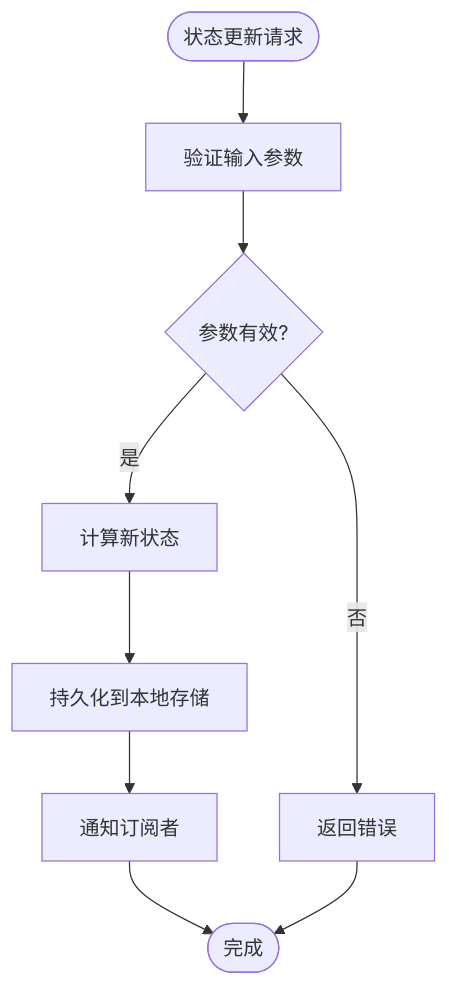
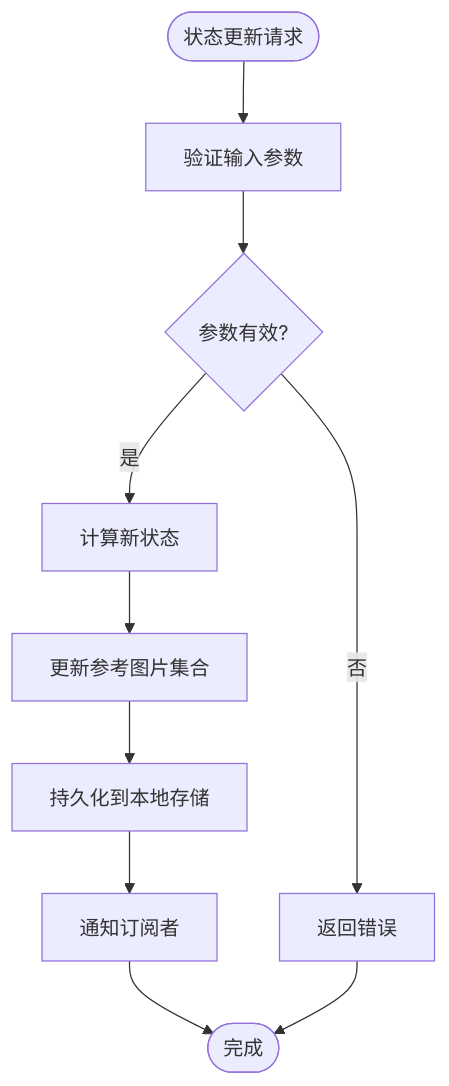
Before and after one commit to billye220670/BananaFlow2: the fifth of 16 diagrams in .qoder/repowiki/zh/content/状态管理系统.md, drawn with Mermaid. The commit also changed other lines of this file and 29 other files, not shown here.

````diff
--- a/.qoder/repowiki/zh/content/状态管理系统.md
+++ b/.qoder/repowiki/zh/content/状态管理系统.md
@@ -205,11 +216,12 @@
 ```mermaid
 flowchart TD
 Start([状态更新请求]) --> Validate["验证输入参数"]
 Validate --> Valid{"参数有效?"}
 Valid --> |否| Error["返回错误"]
 Valid --> |是| Compute["计算新状态"]
-Compute --> Persist["持久化到本地存储"]
+Compute --> UpdateRefs["更新参考图片集合"]
+UpdateRefs --> Persist["持久化到本地存储"]
 Persist --> Notify["通知订阅者"]
 Notify --> End([完成])
 Error --> End
 ```
````
